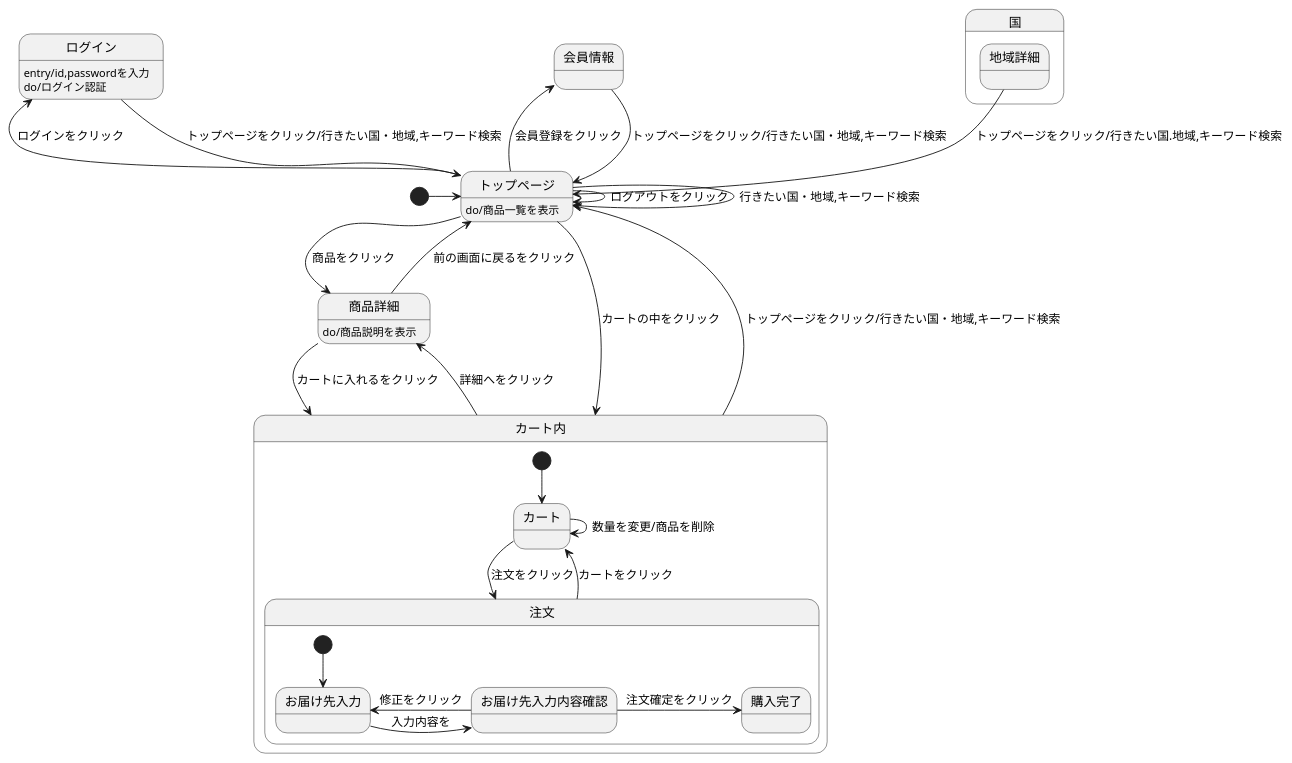
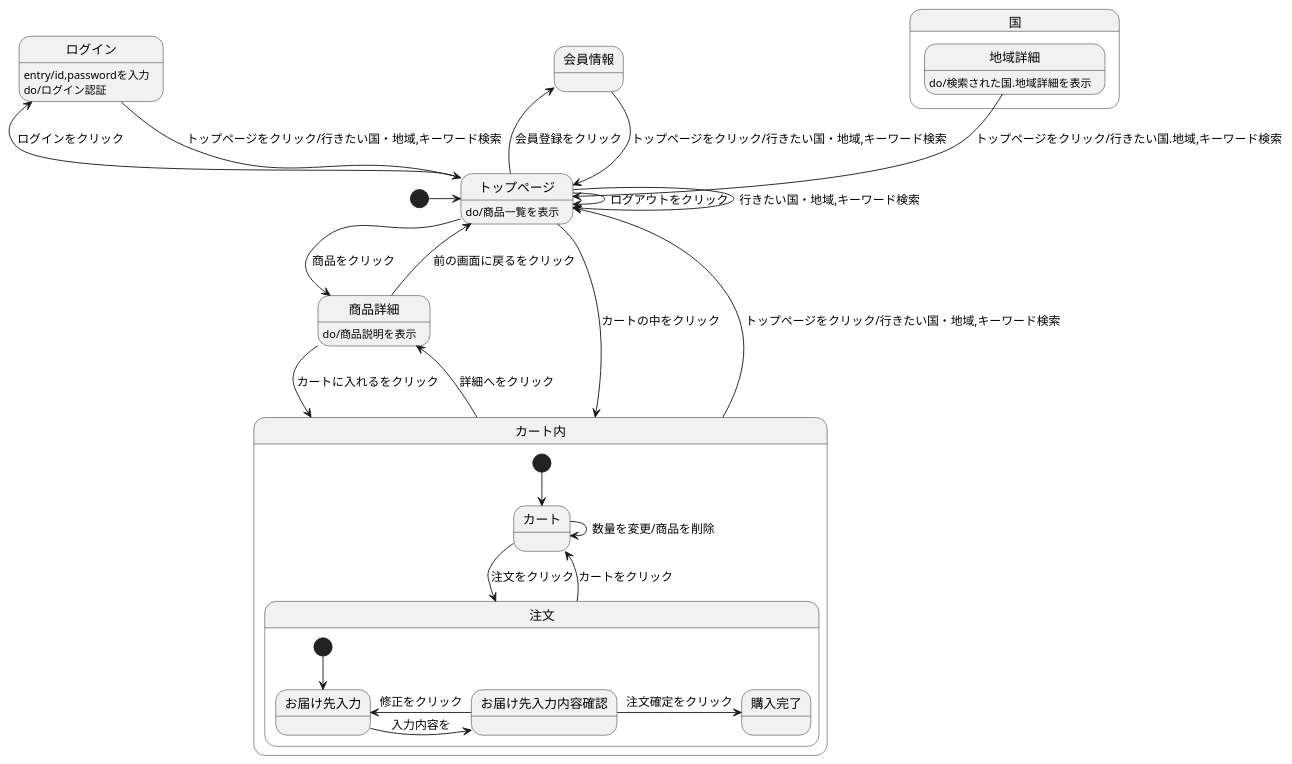
The diagram in kadai8.md (Aso2001195/2021sys-design), drawn with PlantUML before and after one commit.

````diff
--- a/kadai8.md
+++ b/kadai8.md
@@ -1,35 +1,36 @@
 ```uml
 @startuml
 [*] -> トップページ
 会員情報 --> トップページ :トップページをクリック/行きたい国・地域,キーワード検索
 ログイン --> トップページ :トップページをクリック/行きたい国・地域,キーワード検索
 ログイン :entry/id,passwordを入力
 ログイン :do/ログイン認証
 トップページ -> トップページ :ログアウトをクリック
 トップページ -> トップページ :行きたい国・地域,キーワード検索
 国.地域詳細 -->トップページ :トップページをクリック/行きたい国.地域,キーワード検索
+国.地域詳細 :do/検索された国.地域詳細を表示
 トップページ -> 商品詳細 :商品をクリック
 トップページ -left-> 会員情報 :会員登録をクリック
 トップページ -left-> ログイン :ログインをクリック
 トップページ -> カート内 :カートの中をクリック
 トップページ : do/商品一覧を表示
 商品詳細 --> カート内 :カートに入れるをクリック
 商品詳細 --> トップページ :前の画面に戻るをクリック
 商品詳細 :do/商品説明を表示
 カート内 -up-> トップページ :トップページをクリック/行きたい国・地域,キーワード検索
 カート内 ->商品詳細 :詳細へをクリック
 
 state カート内{
 [*] --> カート
 カート -> 注文 :注文をクリック
 カート -> カート :数量を変更/商品を削除
 注文 --> カート :カートをクリック
 state 注文{
  [*] --> お届け先入力
  お届け先入力 -> お届け先入力内容確認 :入力内容を
  お届け先入力内容確認 -> お届け先入力 :修正をクリック
  お届け先入力内容確認 -> 購入完了 :注文確定をクリック
  }
 }
 @enduml
 ```
````
